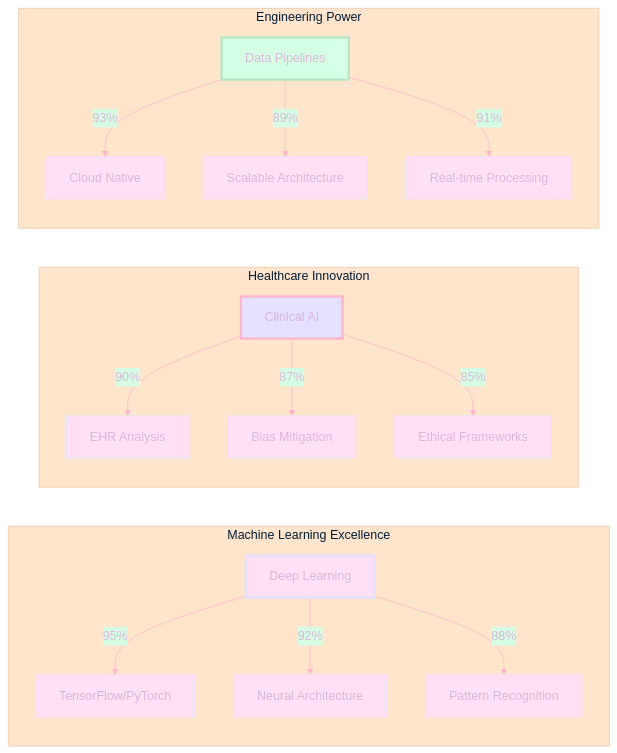
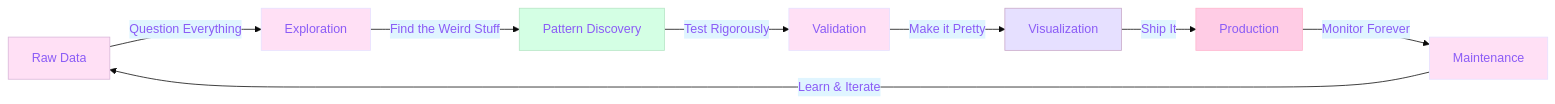
One commit to Cazzy-Aporbo/Cazzy-Aporbo changed the first of 8 diagrams in README.md. Above: the diagram before and after it, drawn with Mermaid. The commit also changed other lines of this file, not shown here.

````diff
--- a/README.md
+++ b/README.md
@@ -160,25 +125,16 @@
 ```mermaid
-%%{init: {'theme': 'base', 'themeVariables': { 'primaryColor': '#FFE0F5', 'primaryBorderColor': '#E6E0FF', 'primaryTextColor': '#C8A8C8', 'lineColor': '#FFB5CC', 'secondaryColor': '#D4FFE4', 'tertiaryColor': '#FFE5CC', 'background': '#FFF8FD', 'mainBkg': '#FFE0F5', 'secondBkg': '#E6E0FF', 'tertiaryBkg': '#FFE5CC', 'primaryTextColor': '#D8B5D8', 'fontSize': '16px'}}}%%
+%%{init: {'theme': 'base', 'themeVariables': {'primaryColor':'#FFE0F5','primaryBorderColor':'#E6E0FF','primaryTextColor':'#8B5CF6'}}}%%
 graph LR
-    subgraph "Machine Learning Excellence"
-        A[Deep Learning] -->|95%| A1[TensorFlow/PyTorch]
-        A -->|92%| A2[Neural Architecture]
-        A -->|88%| A3[Pattern Recognition]
-    end
+    A[Raw Data] -->|Question Everything| B[Exploration]
+    B -->|Find the Weird Stuff| C[Pattern Discovery]
+    C -->|Test Rigorously| D[Validation]
+    D -->|Make it Pretty| E[Visualization]
+    E -->|Ship It| F[Production]
+    F -->|Monitor Forever| G[Maintenance]
+    G -->|Learn & Iterate| A
     
-    subgraph "Healthcare Innovation"
-        B[Clinical AI] -->|90%| B1[EHR Analysis]
-        B -->|87%| B2[Bias Mitigation]
-        B -->|85%| B3[Ethical Frameworks]
-    end
-    
-    subgraph "Engineering Power"
-        C[Data Pipelines] -->|93%| C1[Cloud Native]
-        C -->|89%| C2[Scalable Architecture]
-        C -->|91%| C3[Real-time Processing]
-    end
-    
-    style A fill:#FFE0F5,stroke:#E6E0FF,stroke-width:3px
-    style B fill:#E6E0FF,stroke:#FFB5CC,stroke-width:3px
-    style C fill:#D4FFE4,stroke:#B5E5C5,stroke-width:3px
+    style A fill:#FFE0F5,stroke:#D8B5D8
+    style C fill:#D4FFE4,stroke:#B5E5C5
+    style E fill:#E6E0FF,stroke:#C8A8C8
+    style F fill:#FFCCE5,stroke:#FFB5CC
 ```
````
